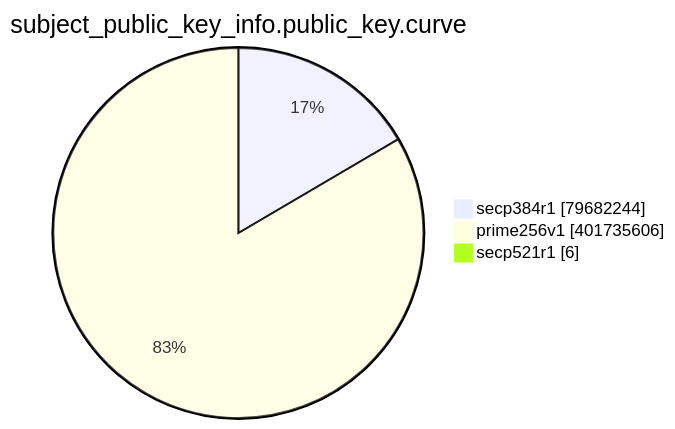
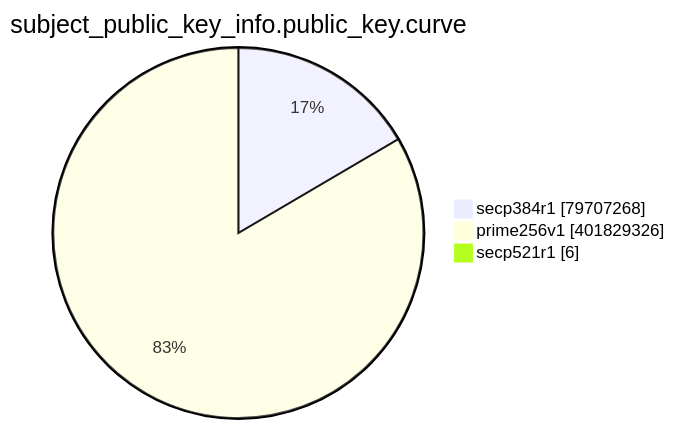
Before and after one commit to christiankrug/ctmonitor_visualization: the eighth of 15 diagrams in TOTAL/README.md, drawn with Mermaid. The commit also changed other lines of this file, not shown here.

````diff
--- a/TOTAL/README.md
+++ b/TOTAL/README.md
@@ -3095,7 +3095,7 @@
 ```mermaid
 pie showData
 title subject_public_key_info.public_key.curve
-"secp384r1" :79682244
-"prime256v1" :401735606
+"secp384r1" :79707268
+"prime256v1" :401829326
 "secp521r1" :6
 ```
````
